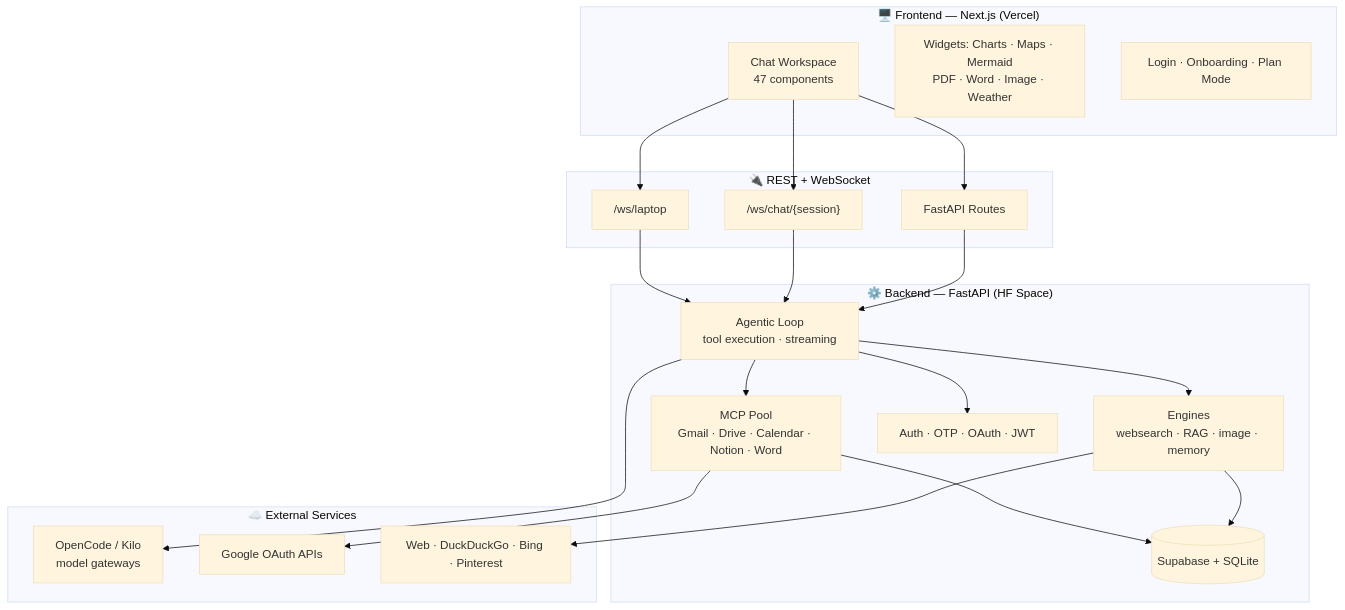
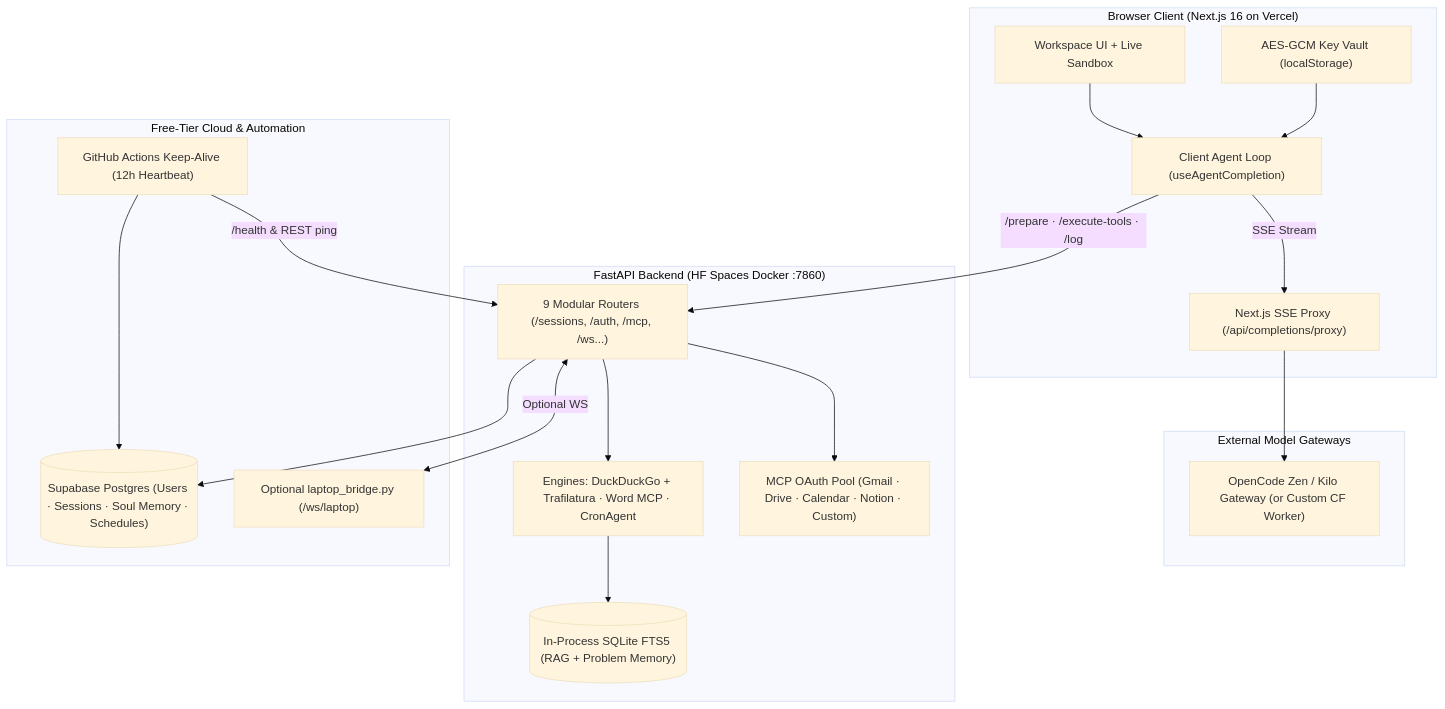
The diagram in README.md (ayushdwivedi001/VoxKage-Web), drawn with Mermaid (base theme) before and after one commit. The commit also changed other lines of this file, not shown here.

Commit message:
docs: rewrite README around Zero-OpEx architecture and verified capabilities

````diff
--- a/README.md
+++ b/README.md
@@ -81,43 +40,39 @@
 ```mermaid
 flowchart TB
-    subgraph Client["🖥️ Frontend — Next.js (Vercel)"]
-        UI[Chat Workspace<br/>47 components]
-        WID[Widgets: Charts · Maps · Mermaid<br/>PDF · Word · Image · Weather]
-        AUTHUI[Login · Onboarding · Plan Mode]
+    subgraph Client["Browser Client (Next.js 16 on Vercel)"]
+        UI["Workspace UI + Live Sandbox"]
+        VAULT["AES-GCM Key Vault (localStorage)"]
+        LOOP["Client Agent Loop (useAgentCompletion)"]
+        EDGE["Next.js SSE Proxy (/api/completions/proxy)"]
     end
 
-    subgraph API["🔌 REST + WebSocket"]
-        REST[FastAPI Routes]
-        WS["/ws/chat/{session}"]
-        LAPTOP["/ws/laptop"]
+    subgraph Gateways["External Model Gateways"]
+        LLM["OpenCode Zen / Kilo Gateway (or Custom CF Worker)"]
     end
 
-    subgraph Backend["⚙️ Backend — FastAPI (HF Space)"]
-        LOOP[Agentic Loop<br/>tool execution · streaming]
-        ENG[Engines<br/>websearch · RAG · image · memory]
-        MCP[MCP Pool<br/>Gmail · Drive · Calendar · Notion · Word]
-        DB[(Supabase + SQLite)]
-        AUTH[Auth · OTP · OAuth · JWT]
+    subgraph Backend["FastAPI Backend (HF Spaces Docker :7860)"]
+        ROUTERS["9 Modular Routers (/sessions, /auth, /mcp, /ws...)"]
+        TOOLS["Engines: DuckDuckGo + Trafilatura · Word MCP · CronAgent"]
+        MCP["MCP OAuth Pool (Gmail · Drive · Calendar · Notion · Custom)"]
+        SQLITE[("In-Process SQLite FTS5 (RAG + Problem Memory)")]
     end
 
-    subgraph External["☁️ External Services"]
-        LLM[OpenCode / Kilo<br/>model gateways]
-        GOOG[Google OAuth APIs]
-        WEB[Web · DuckDuckGo · Bing · Pinterest]
+    subgraph Persistence["Free-Tier Cloud & Automation"]
+        SUPA[("Supabase Postgres (Users · Sessions · Soul Memory · Schedules)")]
+        KEEP["GitHub Actions Keep-Alive (12h Heartbeat)"]
+        LAPTOP["Optional laptop_bridge.py (/ws/laptop)"]
     end
 
-    UI --> REST
-    UI --> WS
-    UI --> LAPTOP
-    REST --> LOOP
-    WS --> LOOP
-    LAPTOP --> LOOP
-    LOOP --> ENG
-    LOOP --> MCP
-    LOOP --> AUTH
-    ENG --> DB
-    MCP --> GOOG
-    MCP --> DB
-    LOOP --> LLM
-    ENG --> WEB
+    UI --> LOOP
+    VAULT --> LOOP
+    LOOP -->|SSE Stream| EDGE
+    EDGE --> LLM
+    LOOP -->|"/prepare · /execute-tools · /log"| ROUTERS
+    ROUTERS --> TOOLS
+    ROUTERS --> MCP
+    TOOLS --> SQLITE
+    ROUTERS --> SUPA
+    KEEP -->|"/health & REST ping"| ROUTERS
+    KEEP --> SUPA
+    ROUTERS <-->|"Optional WS"| LAPTOP
 ```
````
